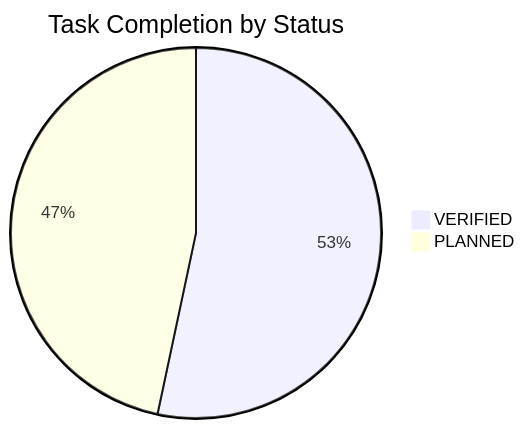
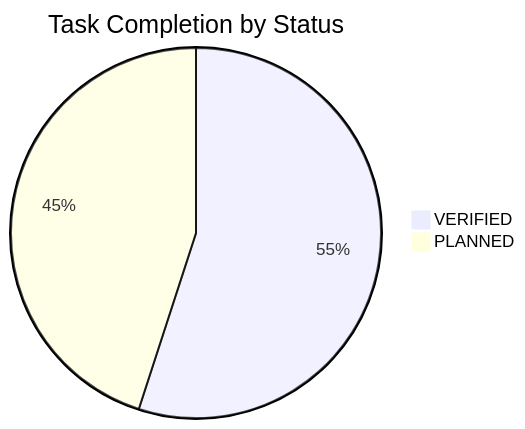
The diagram in docs/TASK_BOARD.md (NguyenTriBaoThang/ClearWayAI), drawn with Mermaid before and after one commit. The commit also changed other lines of this file and 12 other files, not shown here.

````diff
--- a/docs/TASK_BOARD.md
+++ b/docs/TASK_BOARD.md
@@ -16,5 +16,5 @@
 ```mermaid
 pie title Task Completion by Status
-    "VERIFIED" : 32
-    "PLANNED" : 28
+    "VERIFIED" : 33
+    "PLANNED" : 27
 ```
````
